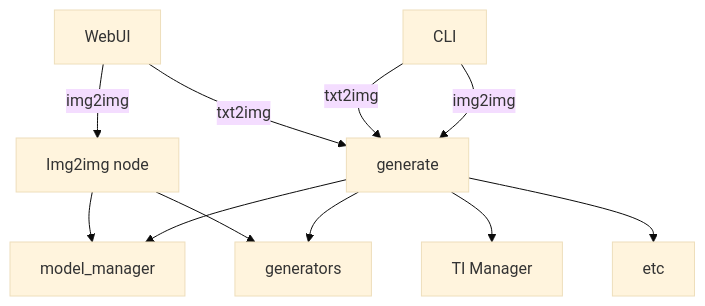
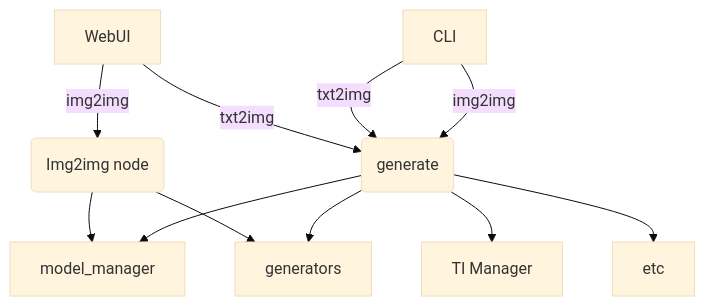
One commit to invoke-ai/InvokeAI changed the second of 4 diagrams in docs/help/contributing/090_NODE_TRANSFORMATION.md. Above: the diagram before and after it, drawn with Mermaid (base theme). The commit also changed other lines of this file, not shown here.

Commit message:
minor improvement to mermaid diagrams

````diff
--- a/docs/help/contributing/090_NODE_TRANSFORMATION.md
+++ b/docs/help/contributing/090_NODE_TRANSFORMATION.md
@@ -23,15 +23,15 @@
 ```mermaid
 flowchart TD
     web[WebUI];
     cli[CLI];
-    web -- img2img --> img2img_node[Img2img node];
-    web -- txt2img --> generate;
+    web --> |img2img| img2img_node(Img2img node);
+    web --> |txt2img| generate(generate);
     img2img_node --> model_manager;
     img2img_node --> generators;
-    cli -- txt2img --> generate;
-    cli -- img2img --> generate;
+    cli --> |txt2img| generate;
+    cli --> |img2img| generate;
     generate --> model_manager;
     generate --> generators;
     generate --> ti_manager[TI Manager];
     generate --> etc;
 ```
````
